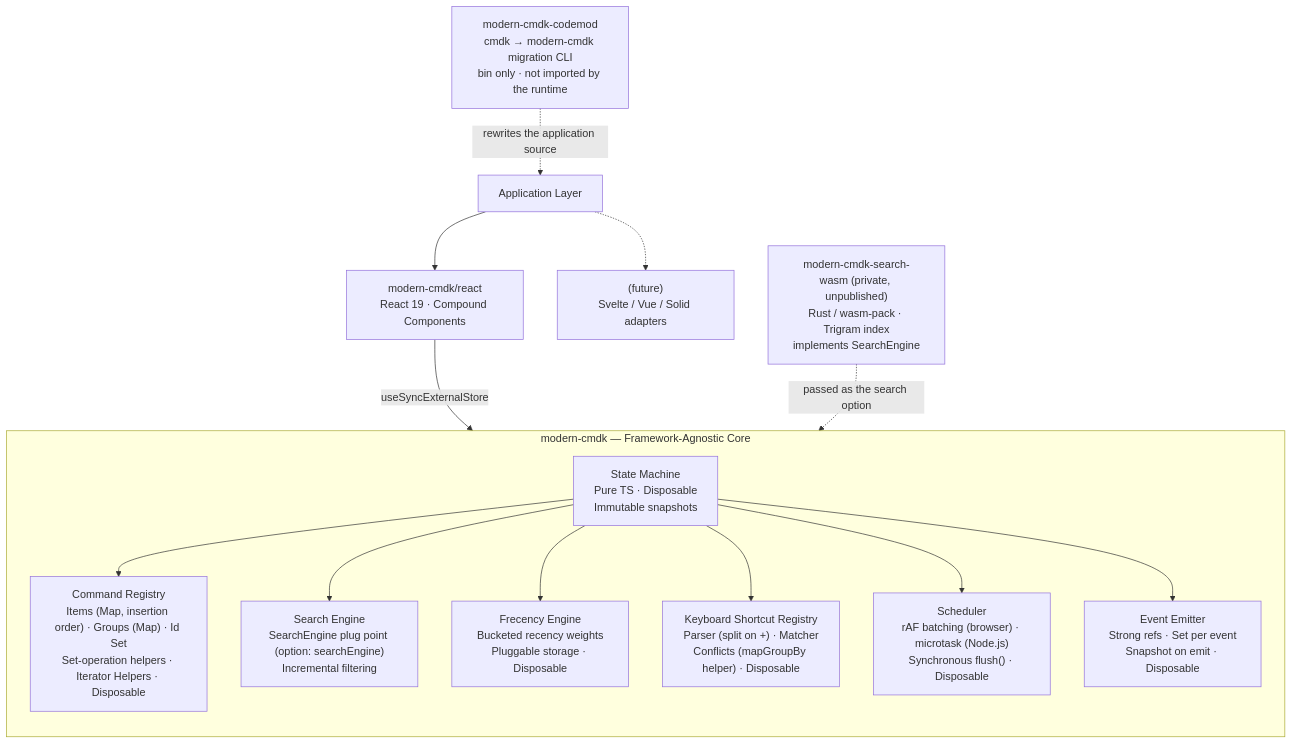
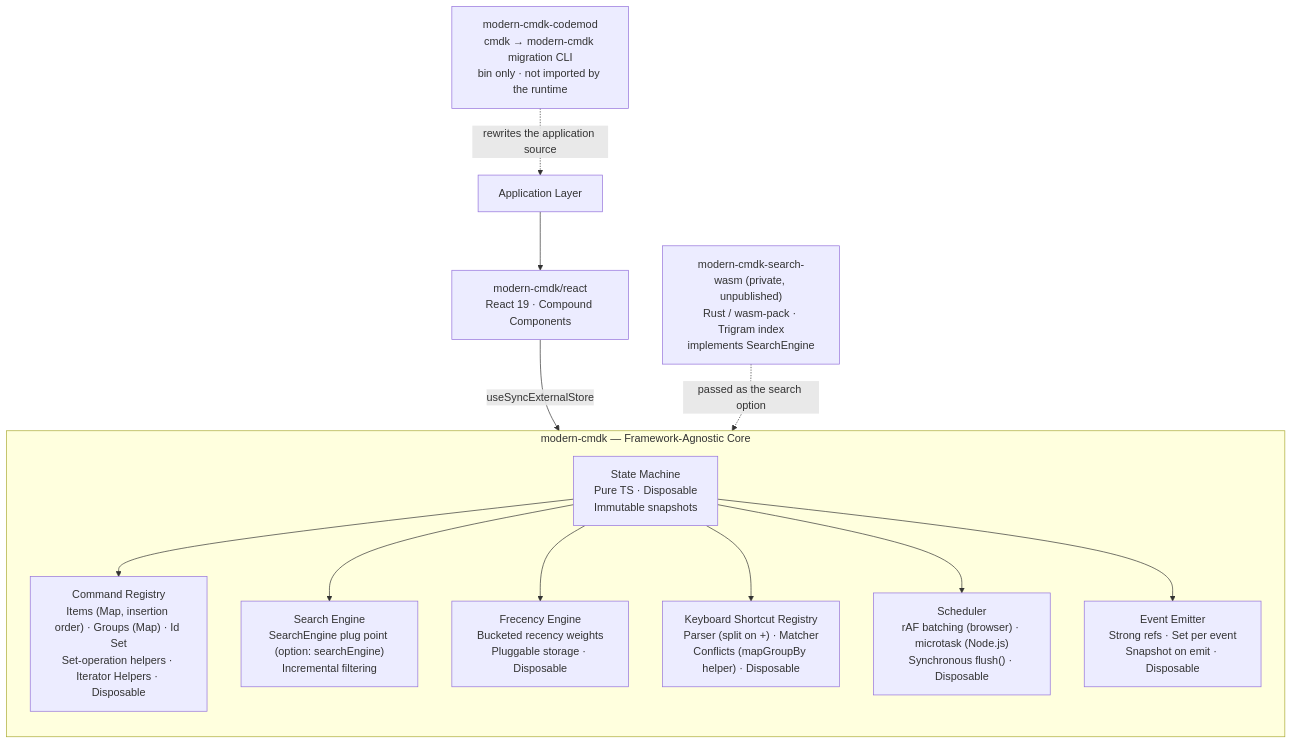
One commit to ABCrimson/modern-cmdk changed the first of 5 diagrams in ARCHITECTURE.md. Above: the diagram before and after it, drawn with Mermaid. The commit also changed other lines of this file and 2 other files, not shown here.

````diff
--- a/ARCHITECTURE.md
+++ b/ARCHITECTURE.md
@@ -46,33 +46,31 @@
 ```mermaid
 flowchart TB
     App["Application Layer"]
 
     React["modern-cmdk/react<br/>React 19 · Compound Components"]
     Codemod["modern-cmdk-codemod<br/>cmdk → modern-cmdk migration CLI<br/>bin only · not imported by the runtime"]
-    Future["(future)<br/>Svelte / Vue / Solid adapters"]
 
     subgraph core ["modern-cmdk — Framework-Agnostic Core"]
         direction TB
         SM["State Machine<br/>Pure TS · Disposable<br/>Immutable snapshots"]
         SE["Search Engine<br/>SearchEngine plug point (option: searchEngine)<br/>Incremental filtering"]
         FE["Frecency Engine<br/>Bucketed recency weights<br/>Pluggable storage · Disposable"]
         REG["Command Registry<br/>Items (Map, insertion order) · Groups (Map) · Id Set<br/>Set-operation helpers · Iterator Helpers · Disposable"]
         KB["Keyboard Shortcut Registry<br/>Parser (split on +) · Matcher<br/>Conflicts (mapGroupBy helper) · Disposable"]
         SCH["Scheduler<br/>rAF batching (browser) · microtask (Node.js)<br/>Synchronous flush() · Disposable"]
         EM["Event Emitter<br/>Strong refs · Set per event<br/>Snapshot on emit · Disposable"]
         SM --> REG
         SM --> SE
         SM --> FE
         SM --> KB
         SM --> SCH
         SM --> EM
     end
 
     WASM["modern-cmdk-search-wasm (private, unpublished)<br/>Rust / wasm-pack · Trigram index<br/>implements SearchEngine"]
 
     App --> React
-    App -.-> Future
     Codemod -.->|"rewrites the application source"| App
     React -->|"useSyncExternalStore"| core
     WASM -.->|"passed as the search option"| core
 ```
````
